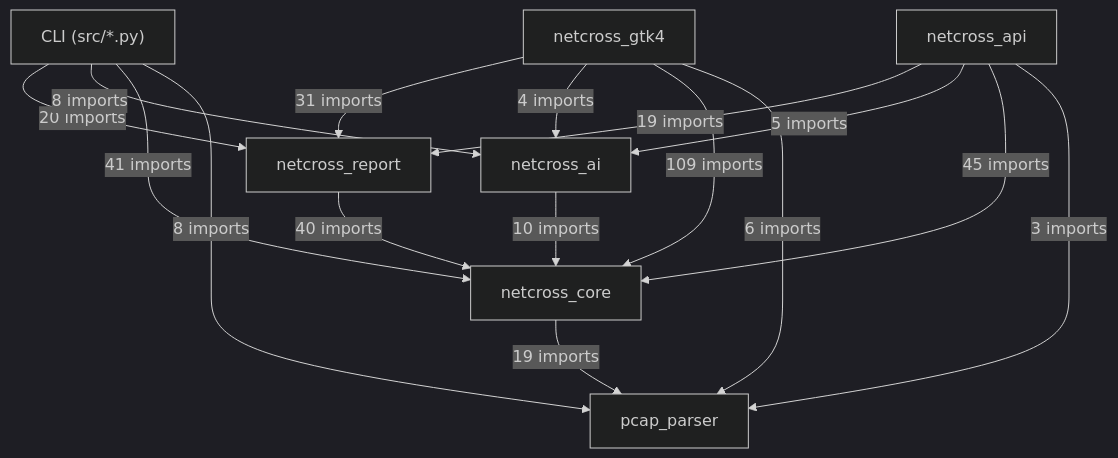
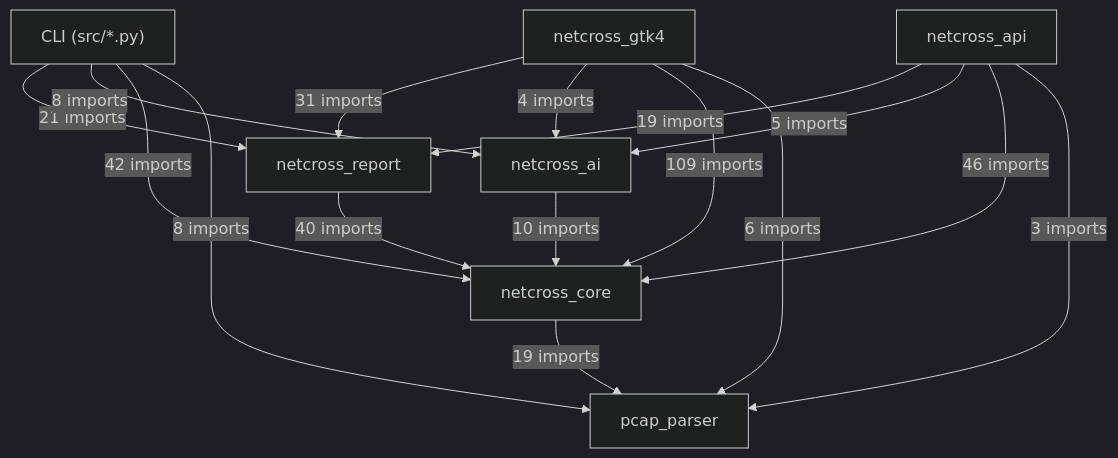
The first of 20 diagrams in docs/class-diagram.md (Mathide-Team/Netcross), drawn with Mermaid (dark theme) before and after one commit. The commit also changed other lines of this file and 11 other files, not shown here.

First line of the commit message:
feat(#911): dashboard en CLI et dans l'API

````diff
--- a/docs/class-diagram.md
+++ b/docs/class-diagram.md
@@ -26,25 +26,25 @@
 ```mermaid
 flowchart TD
     CLI["CLI (src/*.py)"]
     netcross_gtk4["netcross_gtk4"]
     netcross_api["netcross_api"]
     netcross_report["netcross_report"]
     netcross_ai["netcross_ai"]
     netcross_core["netcross_core"]
     pcap_parser["pcap_parser"]
-    CLI -->|"20 imports"| netcross_report
+    CLI -->|"21 imports"| netcross_report
     CLI -->|"8 imports"| netcross_ai
-    CLI -->|"41 imports"| netcross_core
+    CLI -->|"42 imports"| netcross_core
     CLI -->|"8 imports"| pcap_parser
     netcross_gtk4 -->|"31 imports"| netcross_report
     netcross_gtk4 -->|"4 imports"| netcross_ai
     netcross_gtk4 -->|"109 imports"| netcross_core
     netcross_gtk4 -->|"6 imports"| pcap_parser
     netcross_api -->|"19 imports"| netcross_report
     netcross_api -->|"5 imports"| netcross_ai
-    netcross_api -->|"45 imports"| netcross_core
+    netcross_api -->|"46 imports"| netcross_core
     netcross_api -->|"3 imports"| pcap_parser
     netcross_report -->|"40 imports"| netcross_core
     netcross_ai -->|"10 imports"| netcross_core
     netcross_core -->|"19 imports"| pcap_parser
 ```
````
